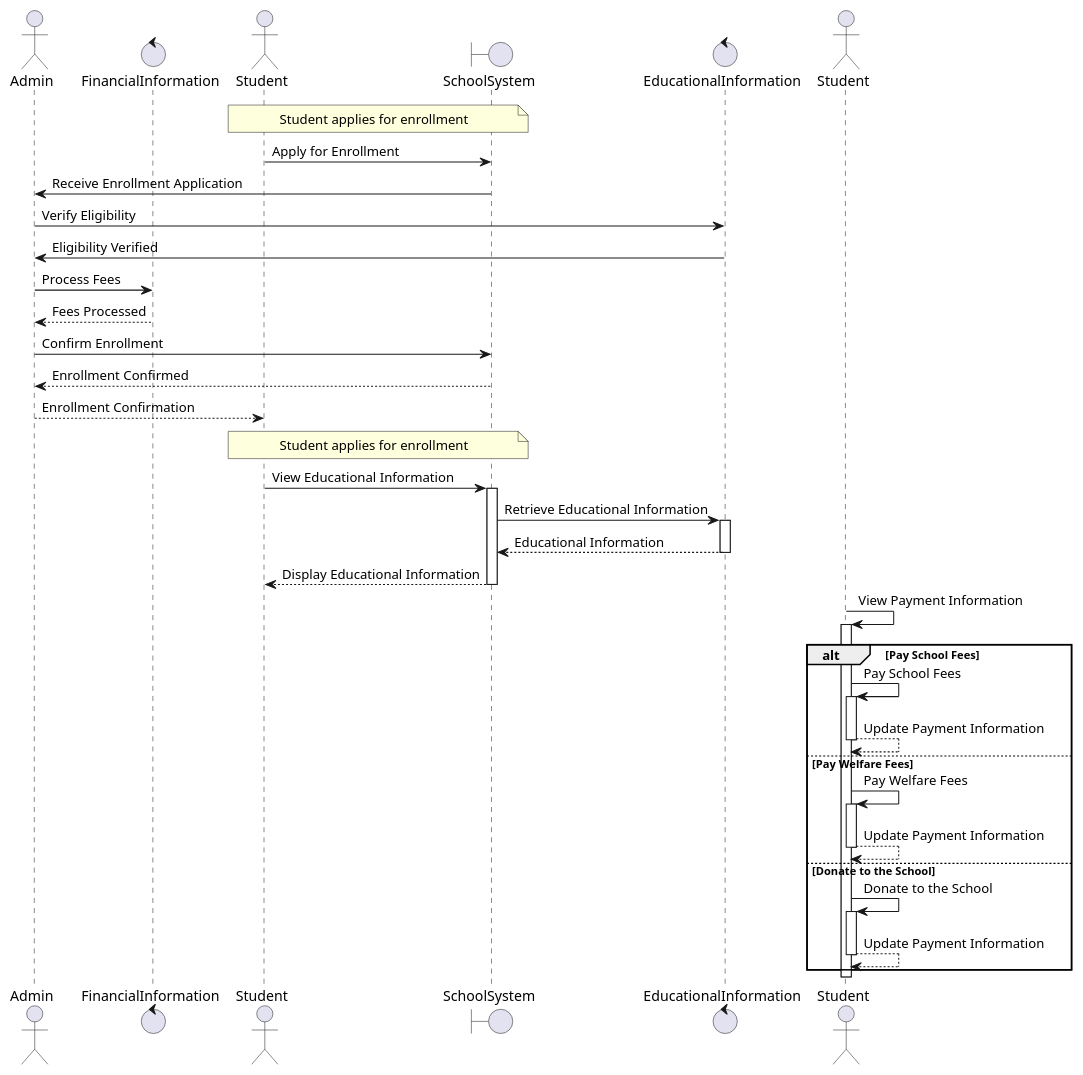
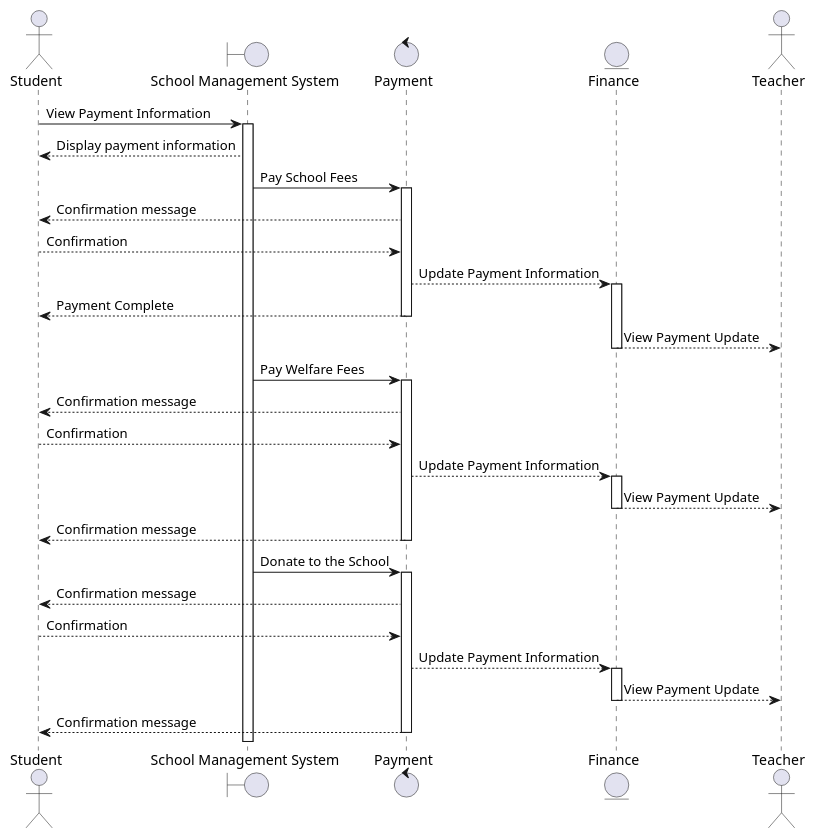
The diagram in School Management System Sequence Diagram.puml (AdithyaSean/School-Management-System), drawn with PlantUML before and after one commit.

Commit message:
modified:   School Management System Sequence Diagram.puml

```diff
--- a/School Management System Sequence Diagram.puml
+++ b/School Management System Sequence Diagram.puml
@@ -1,72 +1,45 @@
 @startuml School Management System
 
-actor Student
-boundary SchoolSystem
-actor Admin
-control EducationalInformation
-control FinancialInformation
+actor "Student" as S
+boundary "School Management System" as SMS
+control "Payment" as P
+entity "Finance" as F
+actor "Teacher" as T
 
-note over Student, SchoolSystem
-Student applies for enrollment
-end note
+S -> SMS: View Payment Information
+activate SMS
+SMS --> S: Display payment information
+SMS -> P: Pay School Fees
+activate P
+P --> S: Confirmation message
+S --> P: Confirmation
+P --> F: Update Payment Information
+activate F
+P --> S: Payment Complete
+deactivate P
+F --> T: View Payment Update
+deactivate F
 
-Student -> SchoolSystem: Apply for Enrollment
+SMS -> P: Pay Welfare Fees
+activate P
+P --> S: Confirmation message
+S --> P: Confirmation
+P --> F: Update Payment Information
+activate F
+F --> T: View Payment Update
+deactivate F
+P --> S: Confirmation message
+deactivate P
 
-SchoolSystem -> Admin: Receive Enrollment Application
-
-Admin -> EducationalInformation: Verify Eligibility
-
-EducationalInformation -> Admin: Eligibility Verified
-
-Admin -> FinancialInformation: Process Fees
-
-FinancialInformation --> Admin: Fees Processed
-
-Admin -> SchoolSystem: Confirm Enrollment
-
-SchoolSystem --> Admin: Enrollment Confirmed
-
-Admin --> Student: Enrollment Confirmation
-
-note over Student, SchoolSystem
-Student applies for enrollment
-end note
-
-actor Student
-boundary SchoolSystem
-entity EducationalInformation
-
-Student -> SchoolSystem: View Educational Information
-activate SchoolSystem
-SchoolSystem -> EducationalInformation: Retrieve Educational Information
-activate EducationalInformation
-EducationalInformation --> SchoolSystem: Educational Information
-deactivate EducationalInformation
-SchoolSystem --> Student: Display Educational Information
-deactivate SchoolSystem
-
-actor "Student" as S
-
-S -> S: View Payment Information
-activate S
-
-alt Pay School Fees
-    S -> S: Pay School Fees
-    activate S
-    S --> S: Update Payment Information
-    deactivate S
-else Pay Welfare Fees
-    S -> S: Pay Welfare Fees
-    activate S
-    S --> S: Update Payment Information
-    deactivate S
-else Donate to the School
-    S -> S: Donate to the School
-    activate S
-    S --> S: Update Payment Information
-    deactivate S
-end
-
-deactivate S
+SMS -> P: Donate to the School
+activate P
+P --> S: Confirmation message
+S --> P: Confirmation
+P --> F: Update Payment Information
+activate F
+F --> T: View Payment Update
+deactivate F
+P --> S: Confirmation message
+deactivate P
 
 @enduml
```
